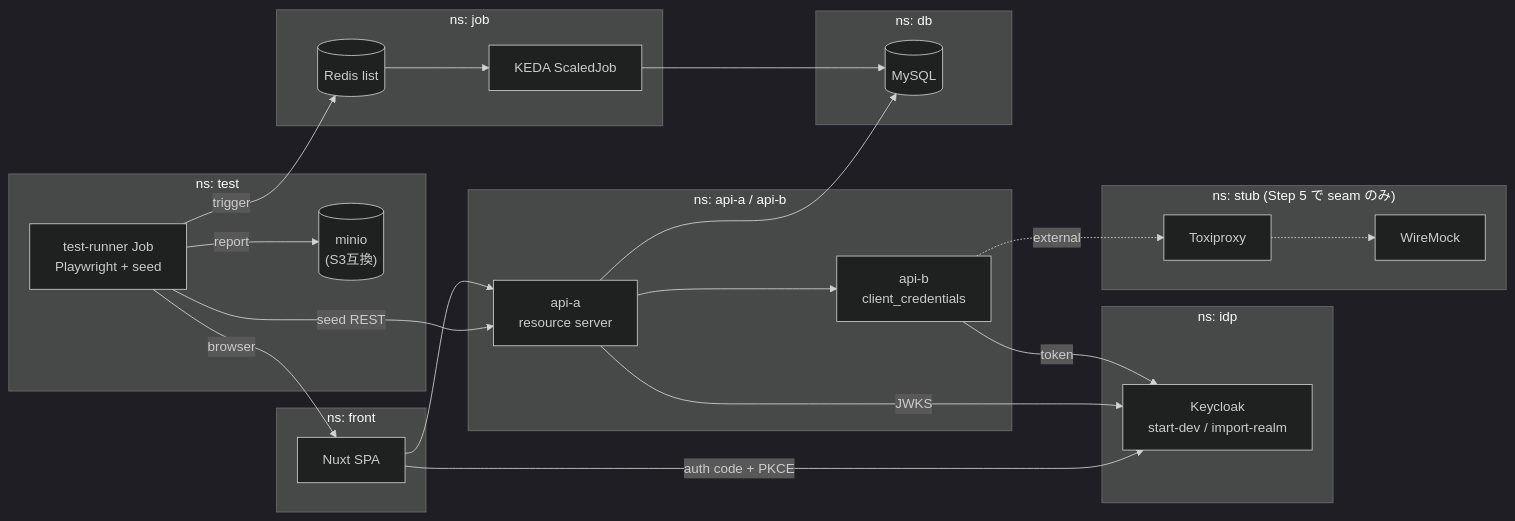
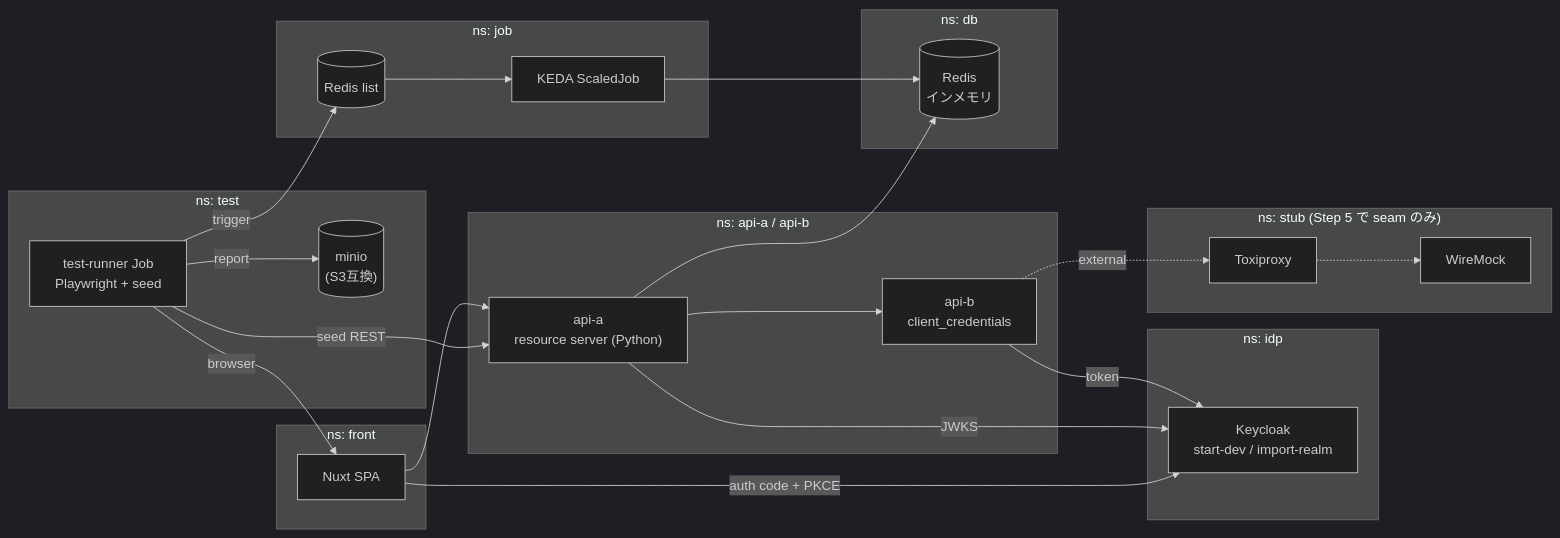
One commit to mori-akira/k8s-test-harness-lab changed the diagram in doc/architecture.md. Above: the diagram before and after it, drawn with Mermaid (dark theme). The commit also changed other lines of this file and 17 other files, not shown here.

First line of the commit message:
Step 3: api-a (Python / FastAPI) と Redis を追加

````diff
--- a/doc/architecture.md
+++ b/doc/architecture.md
@@ -5,49 +5,49 @@
 ```mermaid
 flowchart LR
   subgraph ns_test["ns: test"]
     TR["test-runner Job<br/>Playwright + seed"]
     MINIO[("minio<br/>(S3互換)")]
   end
 
   subgraph ns_idp["ns: idp"]
     KC["Keycloak<br/>start-dev / import-realm"]
   end
 
   subgraph ns_front["ns: front"]
     FE["Nuxt SPA"]
   end
 
   subgraph ns_api["ns: api-a / api-b"]
-    A["api-a<br/>resource server"]
+    A["api-a<br/>resource server (Python)"]
     B["api-b<br/>client_credentials"]
   end
 
   subgraph ns_job["ns: job"]
     RQ[("Redis list")]
     SJ["KEDA ScaledJob"]
   end
 
   subgraph ns_db["ns: db"]
-    DB[("MySQL")]
+    DB[("Redis<br/>インメモリ")]
   end
 
   subgraph ns_stub["ns: stub (Step 5 で seam のみ)"]
     TX["Toxiproxy"]
     WM["WireMock"]
   end
 
   TR -->|browser| FE
   TR -->|seed REST| A
   TR -->|trigger| RQ
   TR -->|report| MINIO
   FE -->|"auth code + PKCE"| KC
   FE --> A
   A -->|JWKS| KC
   A --> DB
   A --> B
   B -->|token| KC
   B -.->|external| TX
   TX -.-> WM
   RQ --> SJ
   SJ --> DB
 ```
````
